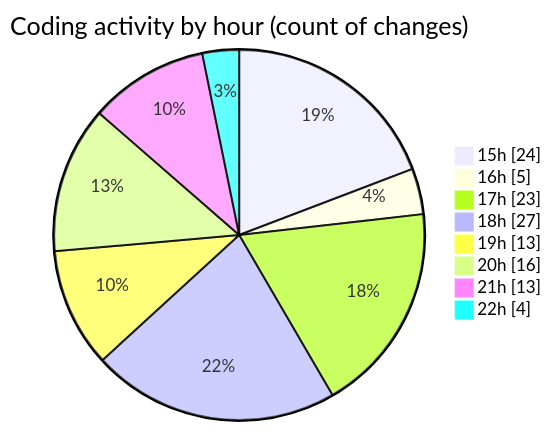
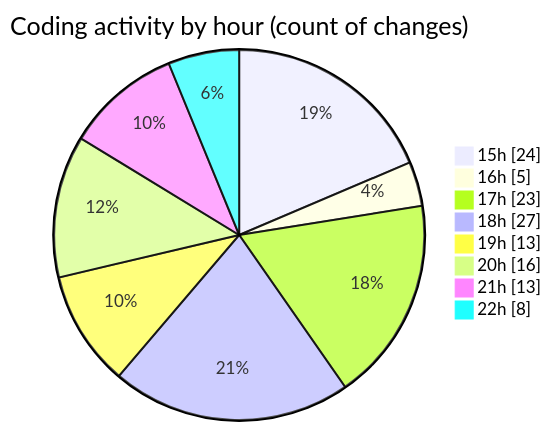
The second of 2 diagrams in 2025-08-02/tw-server/README.md (EIIisD/code-tracking), drawn with Mermaid before and after one commit. The commit also changed other lines of this file and 1 other file, not shown here.

````diff
--- a/2025-08-02/tw-server/README.md
+++ b/2025-08-02/tw-server/README.md
@@ -36,12 +36,12 @@
 ```mermaid
 pie showData
 title Coding activity by hour (count of changes)
 "15h" : 24
 "16h" : 5
 "17h" : 23
 "18h" : 27
 "19h" : 13
 "20h" : 16
 "21h" : 13
-"22h" : 4
+"22h" : 8
 ```
````
